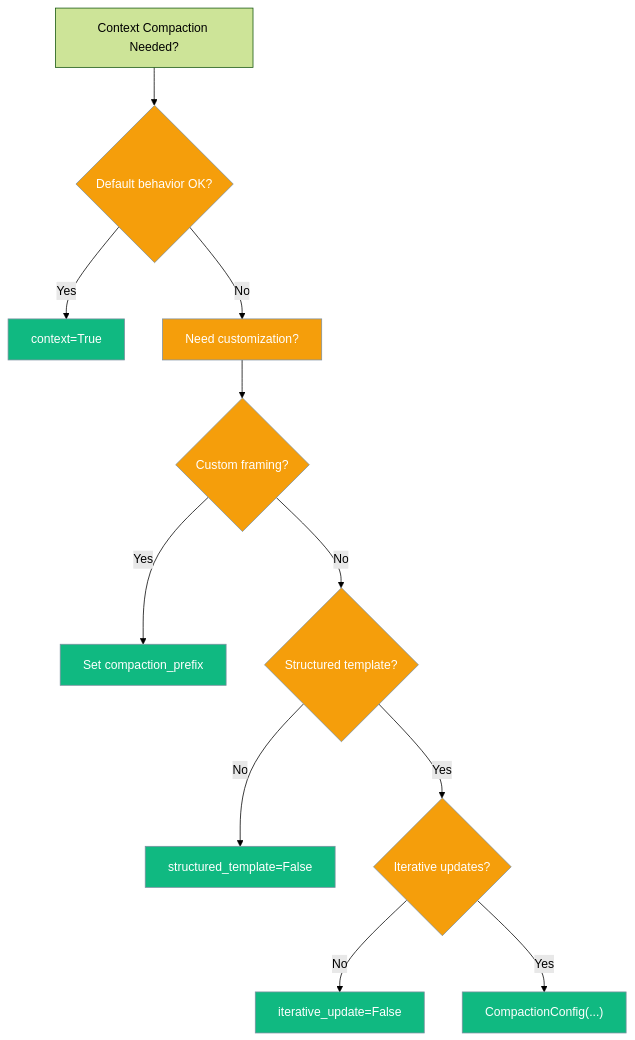
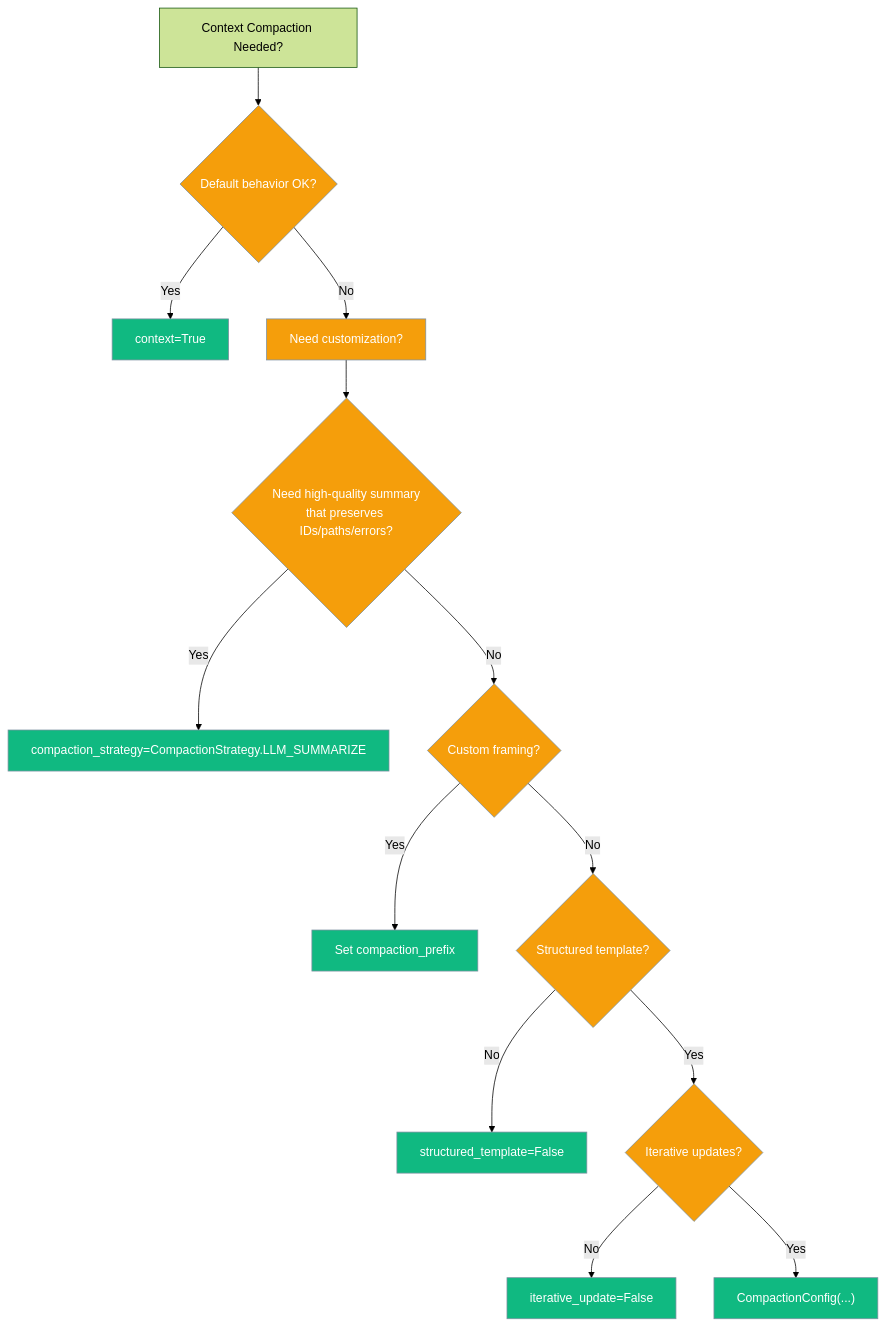
The fifth of 5 diagrams in docs/features/context-compaction.mdx (MervinPraison/PraisonAIDocs), drawn with Mermaid (forest theme) before and after one commit. The commit also changed other lines of this file and 1 other file, not shown here.

First line of the commit message:
docs: update Context Compaction page to cover LLM_SUMMARIZE strategy + ExecutionConfig.compaction_strategy (fixes #535)

````diff
--- a/docs/features/context-compaction.mdx
+++ b/docs/features/context-compaction.mdx
@@ -308,22 +394,25 @@
 ```mermaid
 graph TB
     Start["Context Compaction Needed?"] --> DefaultOK{"Default behavior OK?"}
     DefaultOK -->|Yes| Simple["context=True"]
     DefaultOK -->|No| Customize["Need customization?"]
     
-    Customize --> PrefixCustom{"Custom framing?"}
+    Customize --> QualityChoice{"Need high-quality summary<br/>that preserves IDs/paths/errors?"}
+    QualityChoice -->|Yes| LLMSummarize["compaction_strategy=CompactionStrategy.LLM_SUMMARIZE"]
+    QualityChoice -->|No| PrefixCustom{"Custom framing?"}
+    
     PrefixCustom -->|Yes| CustomPrefix["Set compaction_prefix"]
     PrefixCustom -->|No| TemplateChoice{"Structured template?"}
     
     TemplateChoice -->|No| FlatSummary["structured_template=False"]
     TemplateChoice -->|Yes| IterativeChoice{"Iterative updates?"}
     
     IterativeChoice -->|No| NoIterative["iterative_update=False"]
     IterativeChoice -->|Yes| FullConfig["CompactionConfig(...)"]
     
     classDef decision fill:#F59E0B,stroke:#7C90A0,color:#fff
     classDef config fill:#10B981,stroke:#7C90A0,color:#fff
     
-    class DefaultOK,Customize,PrefixCustom,TemplateChoice,IterativeChoice decision
-    class Simple,CustomPrefix,FlatSummary,NoIterative,FullConfig config
+    class DefaultOK,Customize,QualityChoice,PrefixCustom,TemplateChoice,IterativeChoice decision
+    class Simple,LLMSummarize,CustomPrefix,FlatSummary,NoIterative,FullConfig config
 ```
````
